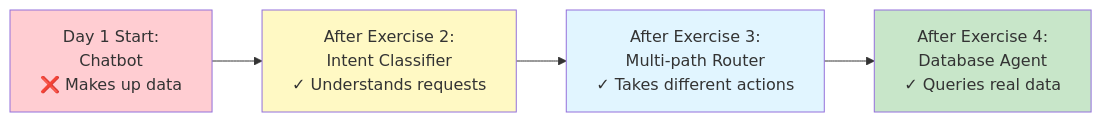
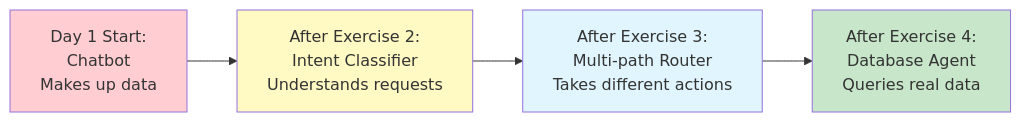
Before and after one commit to AliMehdii/Jedha-use-case: the second of 2 diagrams in Instructional-Design-Challenge/Day-01_From-Chatbot-to-Agent/01-Exercises/04-Query-Your-Leads.md, drawn with Mermaid. The commit also changed other lines of this file and 9 other files, not shown here.

Commit message:
Refine instructional materials for AI agents: updated diagrams for chatbot vs. agent flows, improved state representation in exercises, and enhanced error handling visuals. Adjusted terminology for clarity and consistency across all lecture and exercise files.

````diff
--- a/Instructional-Design-Challenge/Day-01_From-Chatbot-to-Agent/01-Exercises/04-Query-Your-Leads.md
+++ b/Instructional-Design-Challenge/Day-01_From-Chatbot-to-Agent/01-Exercises/04-Query-Your-Leads.md
@@ -346,14 +339,14 @@
 ```mermaid
 graph LR
-    A[Day 1 Start:<br/>Chatbot<br/>❌ Makes up data]
-    B[After Exercise 2:<br/>Intent Classifier<br/>✓ Understands requests]
-    C[After Exercise 3:<br/>Multi-path Router<br/>✓ Takes different actions]
-    D[After Exercise 4:<br/>Database Agent<br/>✓ Queries real data]
+    A["Day 1 Start:<br/>Chatbot<br/>Makes up data"]
+    B["After Exercise 2:<br/>Intent Classifier<br/>Understands requests"]
+    C["After Exercise 3:<br/>Multi-path Router<br/>Takes different actions"]
+    D["After Exercise 4:<br/>Database Agent<br/>Queries real data"]
     
     A --> B --> C --> D
     
     style A fill:#ffcdd2
     style B fill:#fff9c4
     style C fill:#e1f5ff
     style D fill:#c8e6c9
 ```
````
